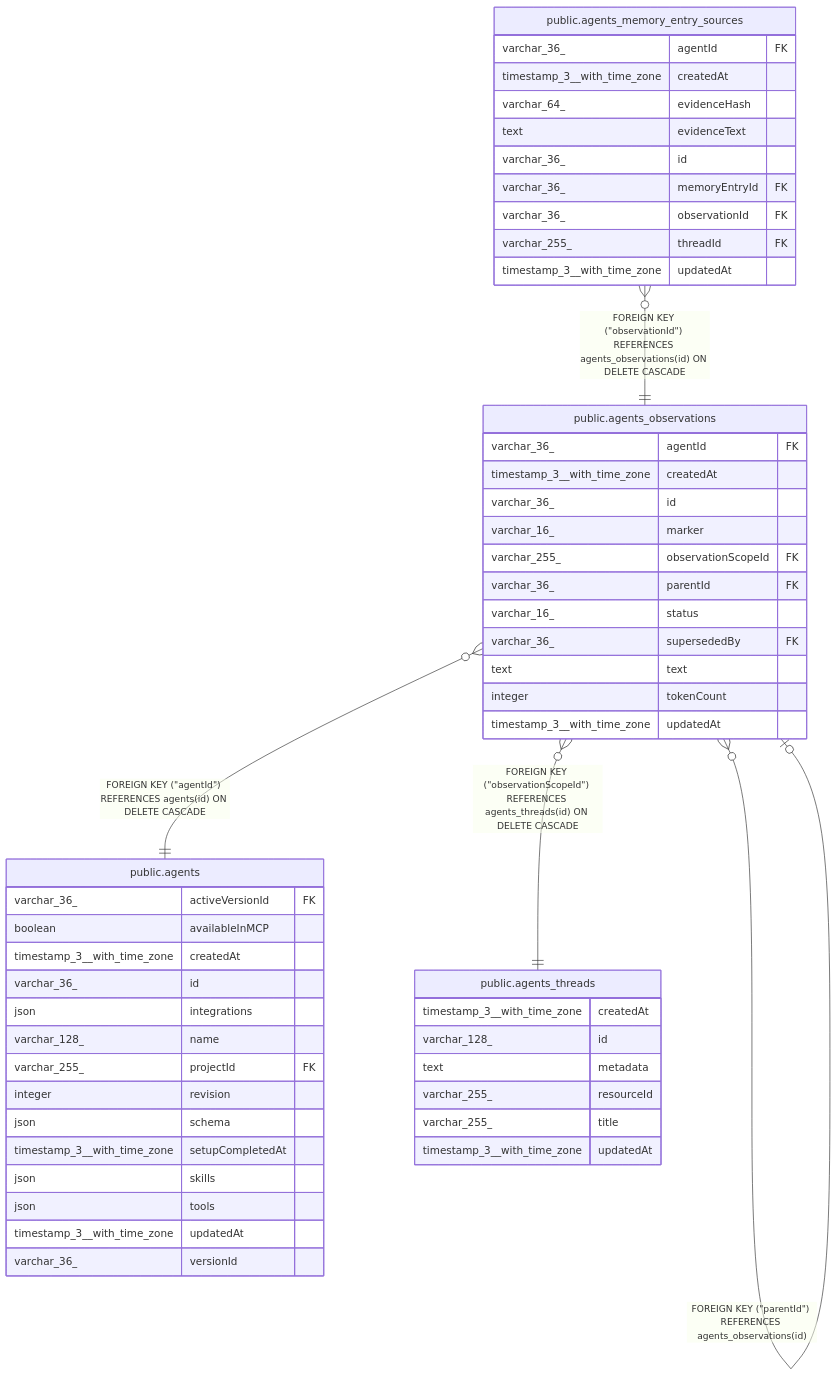
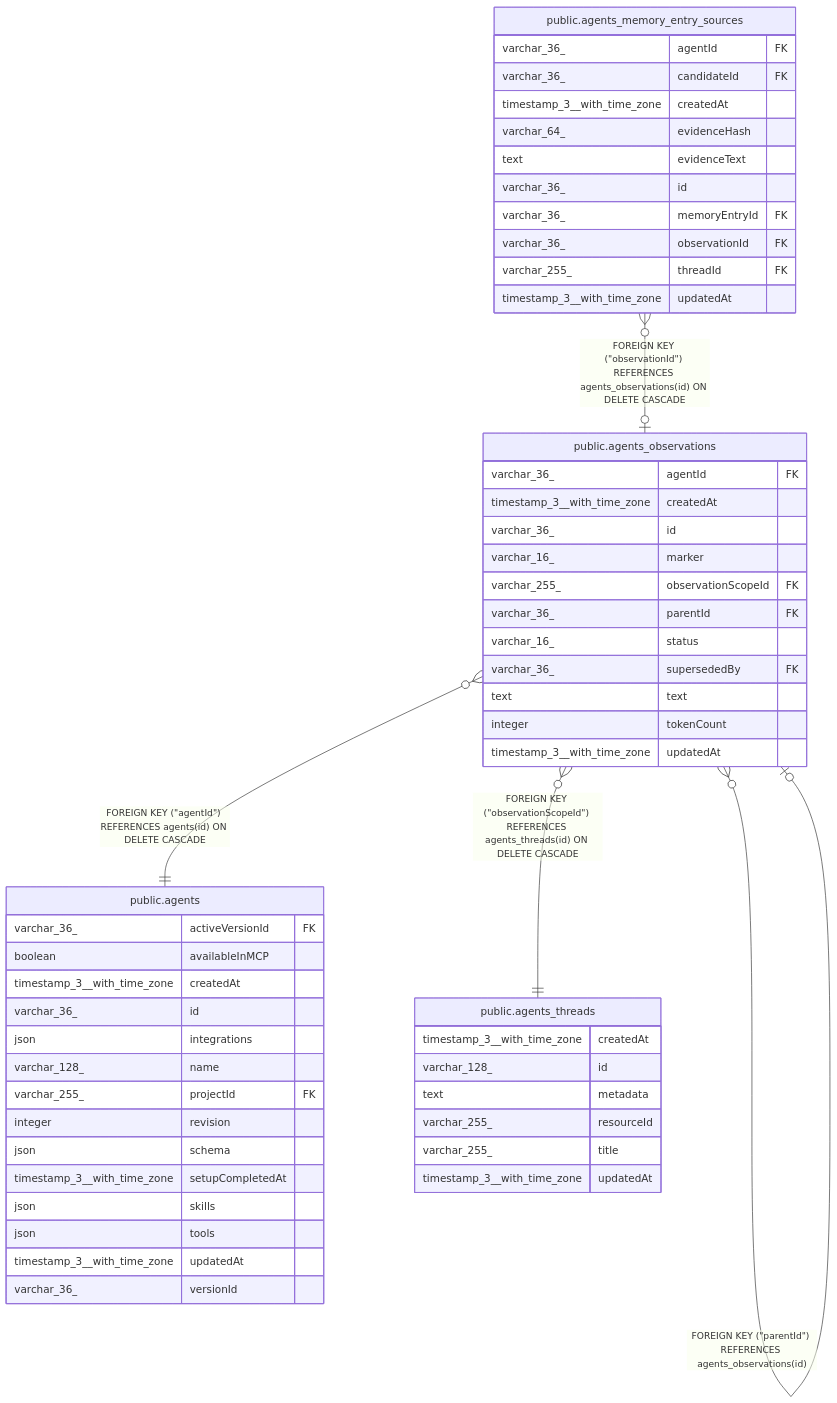
The diagram in universal-plugin/backend/oss/n8n/docs/generated/postgres-schema/public.agents_observations.md (Tanishq-1/all-global-plugin), drawn with Mermaid before and after one commit. The commit also changed 3199 other files, not shown here.

````diff
--- a/universal-plugin/backend/oss/n8n/docs/generated/postgres-schema/public.agents_observations.md
+++ b/universal-plugin/backend/oss/n8n/docs/generated/postgres-schema/public.agents_observations.md
@@ -52,58 +52,59 @@
 ```mermaid
 erDiagram
 
 "public.agents_observations" }o--|| "public.agents" : "FOREIGN KEY (#quot;agentId#quot;) REFERENCES agents(id) ON DELETE CASCADE"
-"public.agents_memory_entry_sources" }o--|| "public.agents_observations" : "FOREIGN KEY (#quot;observationId#quot;) REFERENCES agents_observations(id) ON DELETE CASCADE"
+"public.agents_memory_entry_sources" }o--o| "public.agents_observations" : "FOREIGN KEY (#quot;observationId#quot;) REFERENCES agents_observations(id) ON DELETE CASCADE"
 "public.agents_observations" }o--o| "public.agents_observations" : "FOREIGN KEY (#quot;supersededBy#quot;) REFERENCES agents_observations(id)"
 "public.agents_observations" }o--o| "public.agents_observations" : "FOREIGN KEY (#quot;parentId#quot;) REFERENCES agents_observations(id)"
 "public.agents_observations" }o--|| "public.agents_threads" : "FOREIGN KEY (#quot;observationScopeId#quot;) REFERENCES agents_threads(id) ON DELETE CASCADE"
 
 "public.agents_observations" {
   varchar_36_ agentId FK
   timestamp_3__with_time_zone createdAt
   varchar_36_ id
   varchar_16_ marker
   varchar_255_ observationScopeId FK
   varchar_36_ parentId FK
   varchar_16_ status
   varchar_36_ supersededBy FK
   text text
   integer tokenCount
   timestamp_3__with_time_zone updatedAt
 }
 "public.agents" {
   varchar_36_ activeVersionId FK
   boolean availableInMCP
   timestamp_3__with_time_zone createdAt
   varchar_36_ id
   json integrations
   varchar_128_ name
   varchar_255_ projectId FK
   integer revision
   json schema
   timestamp_3__with_time_zone setupCompletedAt
   json skills
   json tools
   timestamp_3__with_time_zone updatedAt
   varchar_36_ versionId
 }
 "public.agents_memory_entry_sources" {
   varchar_36_ agentId FK
+  varchar_36_ candidateId FK
   timestamp_3__with_time_zone createdAt
   varchar_64_ evidenceHash
   text evidenceText
   varchar_36_ id
   varchar_36_ memoryEntryId FK
   varchar_36_ observationId FK
   varchar_255_ threadId FK
   timestamp_3__with_time_zone updatedAt
 }
 "public.agents_threads" {
   timestamp_3__with_time_zone createdAt
   varchar_128_ id
   text metadata
   varchar_255_ resourceId
   varchar_255_ title
   timestamp_3__with_time_zone updatedAt
 }
 ```
````
